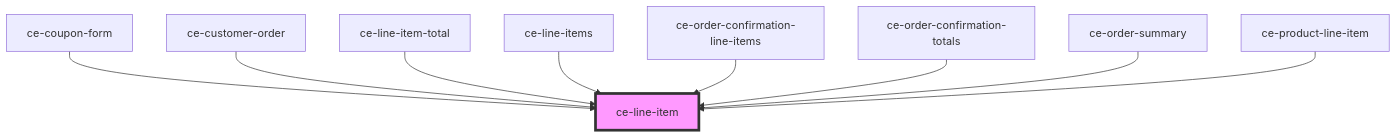
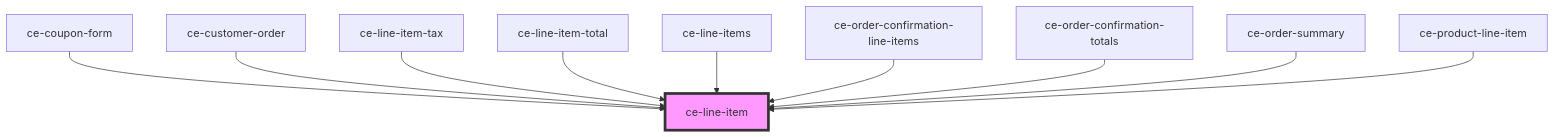
Before and after one commit to surecart/surecart-wp-plugin: the diagram in packages/components/src/components/ui/line-item/readme.md, drawn with Mermaid. The commit also changed other lines of this file and 15 other files, not shown here.

````diff
--- a/packages/components/src/components/ui/line-item/readme.md
+++ b/packages/components/src/components/ui/line-item/readme.md
@@ -52,12 +53,13 @@
 ```mermaid
 graph TD;
   ce-coupon-form --> ce-line-item
   ce-customer-order --> ce-line-item
+  ce-line-item-tax --> ce-line-item
   ce-line-item-total --> ce-line-item
   ce-line-items --> ce-line-item
   ce-order-confirmation-line-items --> ce-line-item
   ce-order-confirmation-totals --> ce-line-item
   ce-order-summary --> ce-line-item
   ce-product-line-item --> ce-line-item
   style ce-line-item fill:#f9f,stroke:#333,stroke-width:4px
 ```
````
